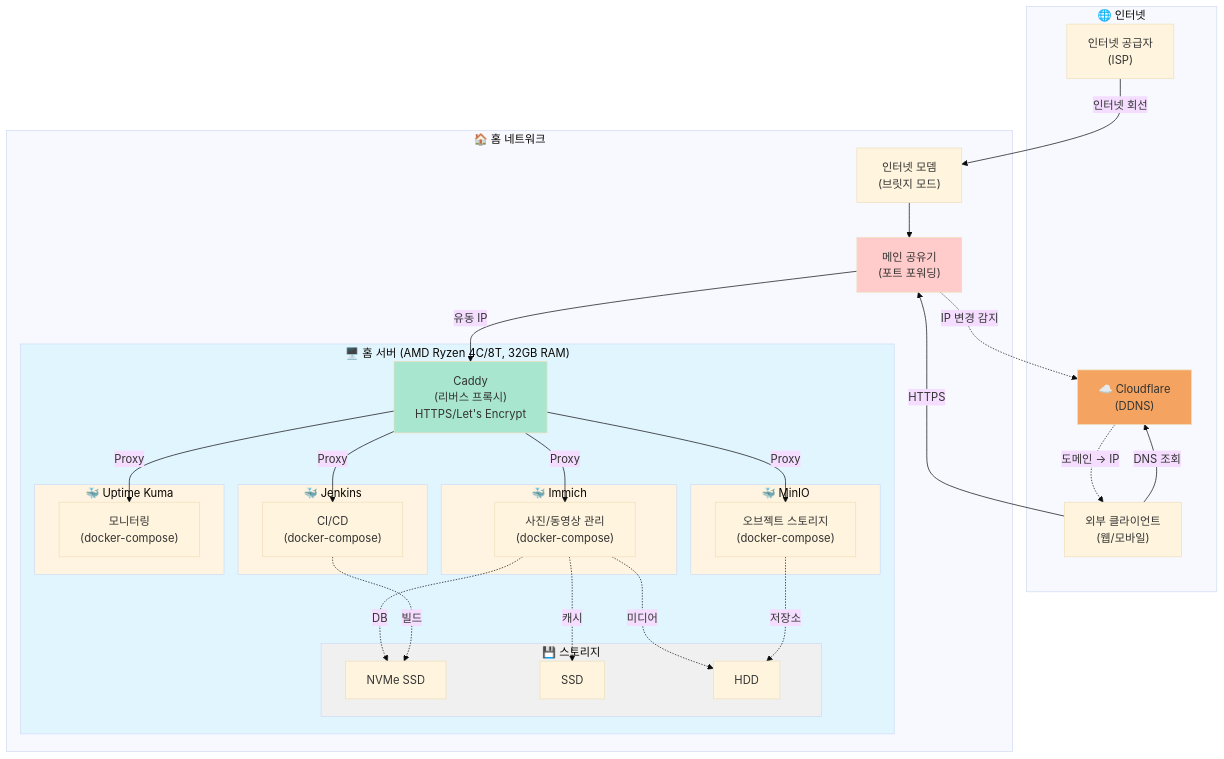
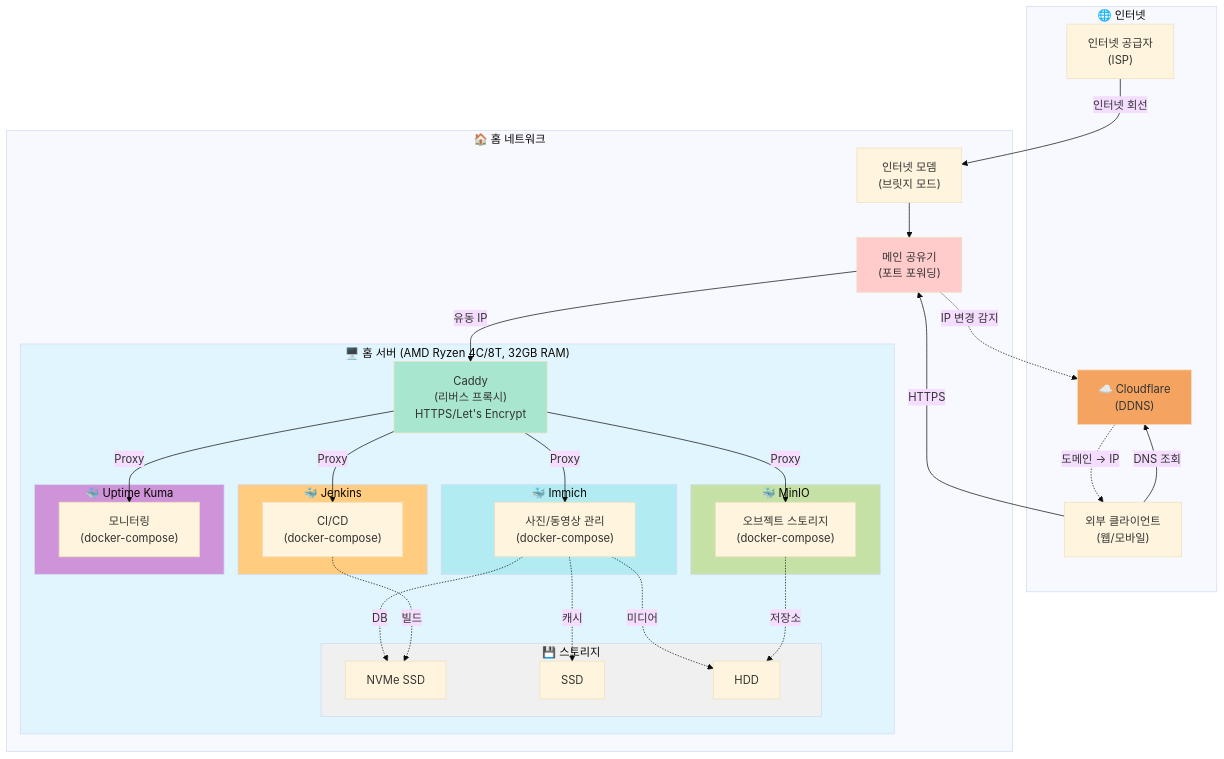
The diagram in README.md (shaul1991/shaul1991), drawn with Mermaid (base theme) before and after one commit.

Commit message:
Update service area colors for better visibility
- Immich: 청록색 (#b2ebf2)
- MinIO: 연한 녹색 (#c5e1a5)
- Jenkins: 주황색 (#ffcc80)
- Uptime Kuma: 보라색 (#ce93d8)
- 각 서비스 영역이 더 명확하게 구분되도록 색상 강화

````diff
--- a/README.md
+++ b/README.md
@@ -28,69 +28,69 @@
 ```mermaid
 graph TB
     subgraph Internet["🌐 인터넷"]
         ISP["인터넷 공급자<br/>(ISP)"]
         Client["외부 클라이언트<br/>(웹/모바일)"]
         Cloudflare["☁️ Cloudflare<br/>(DDNS)"]
     end
 
     subgraph HomeNetwork["🏠 홈 네트워크"]
         Modem["인터넷 모뎀<br/>(브릿지 모드)"]
         Router["메인 공유기<br/>(포트 포워딩)"]
 
         subgraph Server["🖥️ 홈 서버 (AMD Ryzen 4C/8T, 32GB RAM)"]
             Caddy["Caddy<br/>(리버스 프록시)<br/>HTTPS/Let's Encrypt"]
 
             subgraph ImmichService["🐳 Immich"]
                 Immich["사진/동영상 관리<br/>(docker-compose)"]
             end
 
             subgraph MinIOService["🐳 MinIO"]
                 MinIO["오브젝트 스토리지<br/>(docker-compose)"]
             end
 
             subgraph JenkinsService["🐳 Jenkins"]
                 Jenkins["CI/CD<br/>(docker-compose)"]
             end
 
             subgraph KumaService["🐳 Uptime Kuma"]
                 Kuma["모니터링<br/>(docker-compose)"]
             end
 
             subgraph Storage["💾 스토리지"]
                 NVMe["NVMe SSD"]
                 SSD["SSD"]
                 HDD["HDD"]
             end
         end
     end
 
     ISP -->|인터넷 회선| Modem
     Modem --> Router
     Router -->|유동 IP| Caddy
     Router -.->|IP 변경 감지| Cloudflare
 
     Client -->|DNS 조회| Cloudflare
     Cloudflare -.->|도메인 → IP| Client
     Client -->|HTTPS| Router
 
     Caddy -->|Proxy| Immich
     Caddy -->|Proxy| MinIO
     Caddy -->|Proxy| Jenkins
     Caddy -->|Proxy| Kuma
 
     Immich -.->|DB| NVMe
     Immich -.->|캐시| SSD
     Immich -.->|미디어| HDD
     MinIO -.->|저장소| HDD
     Jenkins -.->|빌드| NVMe
 
     style Server fill:#e1f5ff
-    style ImmichService fill:#fff4e1
-    style MinIOService fill:#fff4e1
-    style JenkinsService fill:#fff4e1
-    style KumaService fill:#fff4e1
+    style ImmichService fill:#b2ebf2
+    style MinIOService fill:#c5e1a5
+    style JenkinsService fill:#ffcc80
+    style KumaService fill:#ce93d8
     style Storage fill:#f0f0f0
     style Caddy fill:#a8e6cf
     style Cloudflare fill:#f4a460
     style Router fill:#ffcccb
 ```
````
